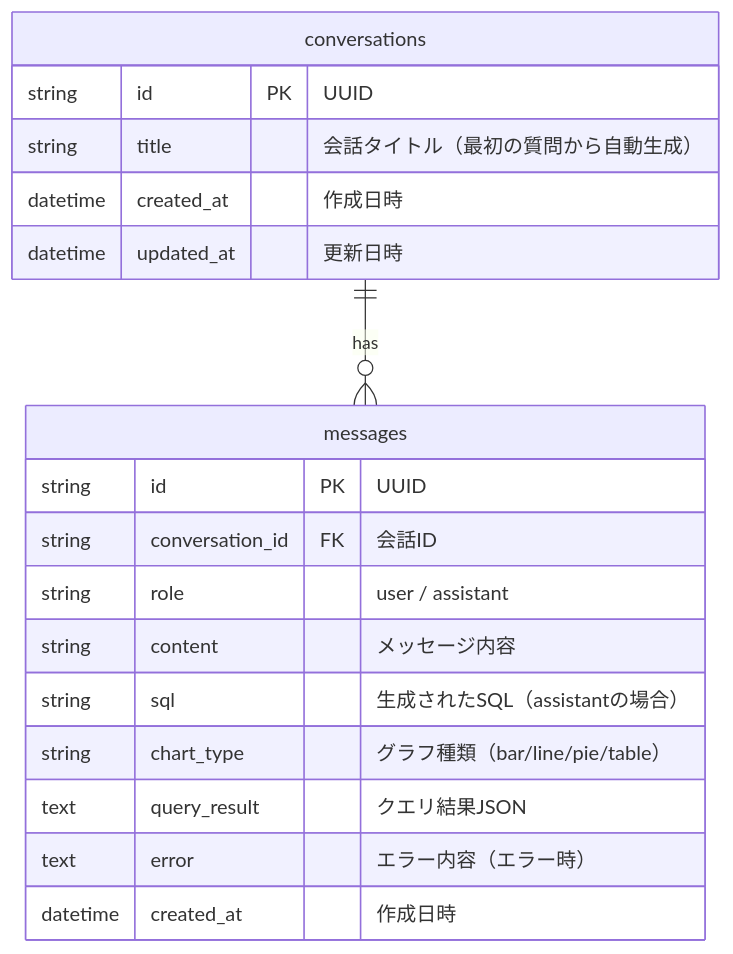
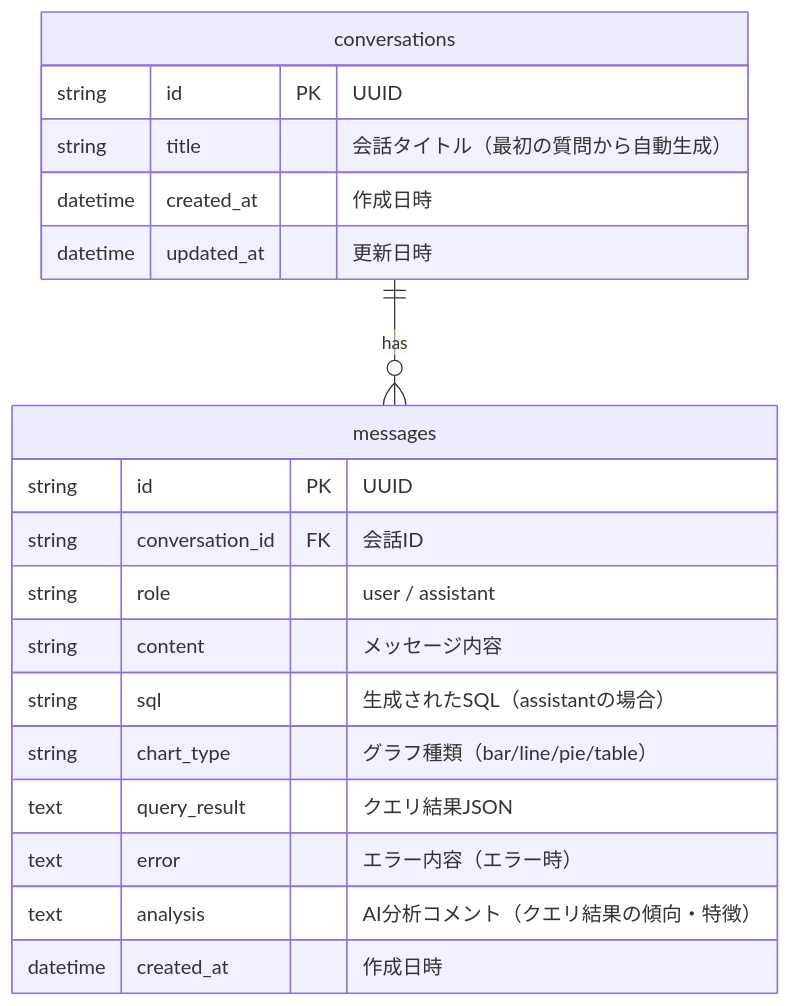
Before and after one commit to okegawaatclink/gaido-dataagent: the diagram in ai_generated/requirements/db.md, drawn with Mermaid. The commit also changed other lines of this file and 16 other files, not shown here.

First line of the commit message:
feat(dataagent): add AI analysis, schema comments, conversation context, table width fix

````diff
--- a/ai_generated/requirements/db.md
+++ b/ai_generated/requirements/db.md
@@ -7,23 +7,24 @@
 ```mermaid
 erDiagram
     conversations {
         string id PK "UUID"
         string title "会話タイトル（最初の質問から自動生成）"
         datetime created_at "作成日時"
         datetime updated_at "更新日時"
     }
 
     messages {
         string id PK "UUID"
         string conversation_id FK "会話ID"
         string role "user / assistant"
         string content "メッセージ内容"
         string sql "生成されたSQL（assistantの場合）"
         string chart_type "グラフ種類（bar/line/pie/table）"
         text query_result "クエリ結果JSON"
         text error "エラー内容（エラー時）"
+        text analysis "AI分析コメント（クエリ結果の傾向・特徴）"
         datetime created_at "作成日時"
     }
 
     conversations ||--o{ messages : "has"
 ```
````
